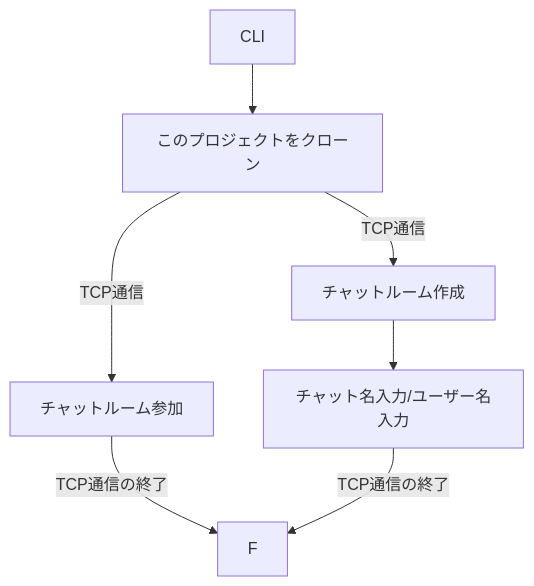
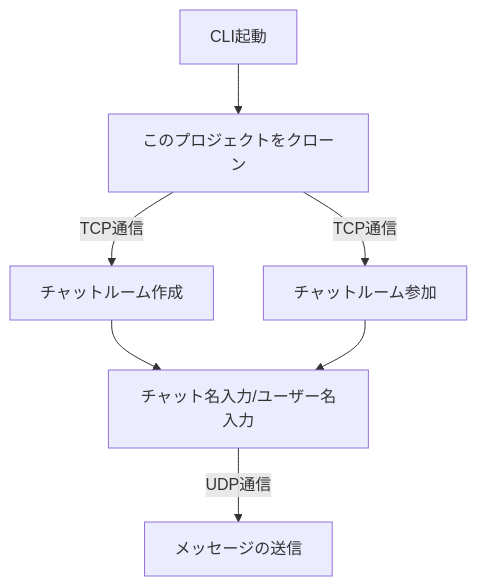
The diagram in README.md (teamdev-A-backend/online-chat-messenger), drawn with Mermaid before and after one commit. The commit also changed other lines of this file, not shown here.

````diff
--- a/README.md
+++ b/README.md
@@ -19,11 +16,11 @@
 ```mermaid
 graph TD
-    A[CLI] --> B[このプロジェクトをクローン]
+    A[CLI起動] --> B[このプロジェクトをクローン]
     B -- TCP通信 --> C[チャットルーム作成]
     B -- TCP通信 --> D[チャットルーム参加]
     C --> E[チャット名入力/ユーザー名入力]
-    D -- TCP通信の終了--> F
-    E -- TCP通信の終了--> F
+    D --> E
+    E -- UDP通信 --> F[メッセージの送信]
     
     
 ```
````
